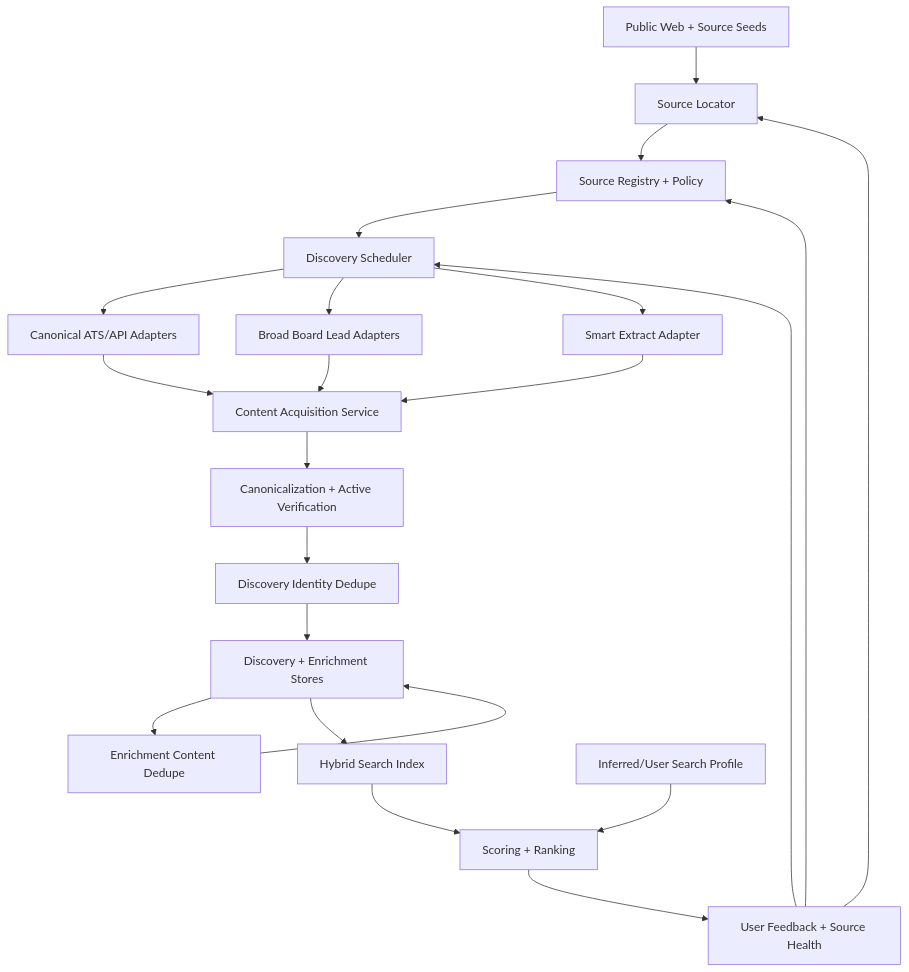
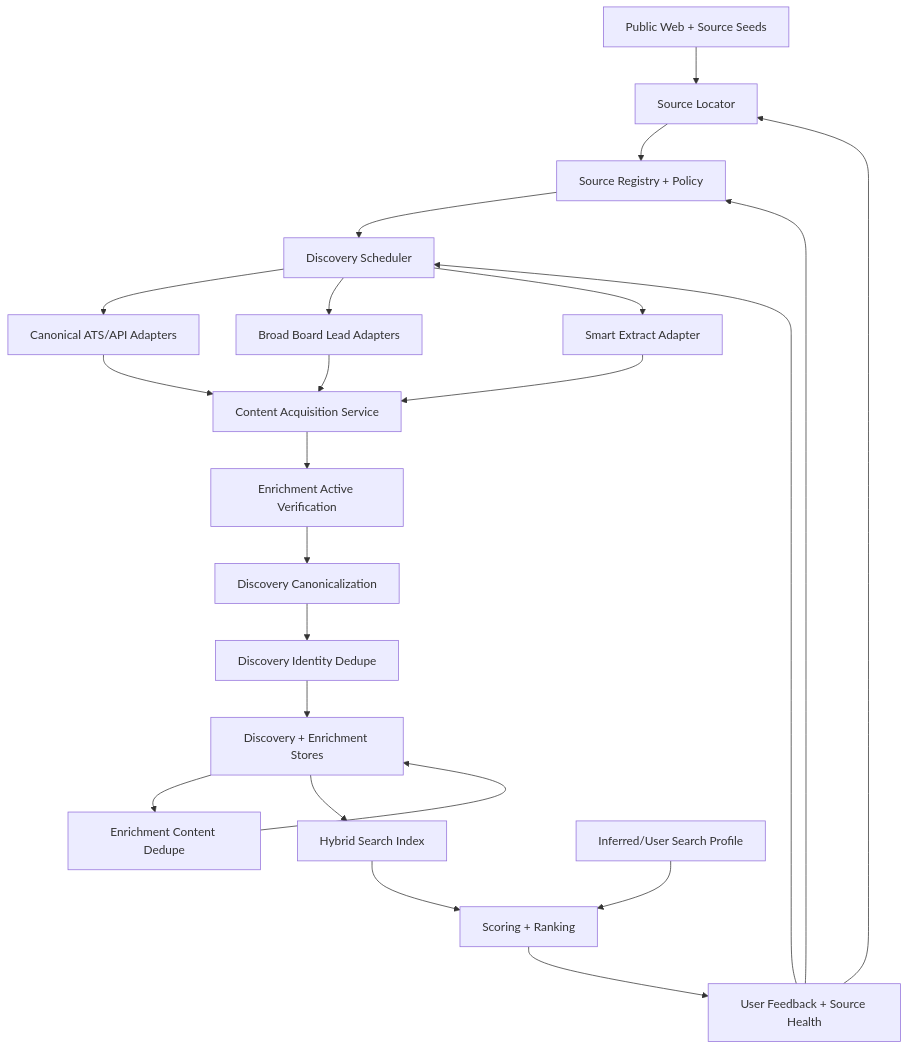
The diagram in docs/plans/proposed/2026-05-12-job-search-discovery-rfc.md (ebarti/JobCtrl), drawn with Mermaid before and after one commit. The commit also changed other lines of this file, not shown here.

````diff
--- a/docs/plans/proposed/2026-05-12-job-search-discovery-rfc.md
+++ b/docs/plans/proposed/2026-05-12-job-search-discovery-rfc.md
@@ -290,41 +322,43 @@
 ```mermaid
 flowchart TD
     Seeds["Public Web + Source Seeds"]
     Locator["Source Locator"]
     Registry["Source Registry + Policy"]
     Scheduler["Discovery Scheduler"]
     ATS["Canonical ATS/API Adapters"]
     Boards["Broad Board Lead Adapters"]
     Smart["Smart Extract Adapter"]
     Acquire["Content Acquisition Service"]
-    Canon["Canonicalization + Active Verification"]
+    Active["Enrichment Active Verification"]
+    Canon["Discovery Canonicalization"]
     IdentityDedup["Discovery Identity Dedupe"]
     ContentDedup["Enrichment Content Dedupe"]
     Store["Discovery + Enrichment Stores"]
     Index["Hybrid Search Index"]
     Profile["Inferred/User Search Profile"]
     Score["Scoring + Ranking"]
     Feedback["User Feedback + Source Health"]
 
     Seeds --> Locator
     Locator --> Registry
     Registry --> Scheduler
     Scheduler --> ATS
     Scheduler --> Boards
     Scheduler --> Smart
     ATS --> Acquire
     Boards --> Acquire
     Smart --> Acquire
-    Acquire --> Canon
+    Acquire --> Active
+    Active --> Canon
     Canon --> IdentityDedup
     IdentityDedup --> Store
     Store --> ContentDedup
     ContentDedup --> Store
     Store --> Index
     Index --> Score
     Profile --> Score
     Score --> Feedback
     Feedback --> Locator
     Feedback --> Registry
     Feedback --> Scheduler
 ```
````
